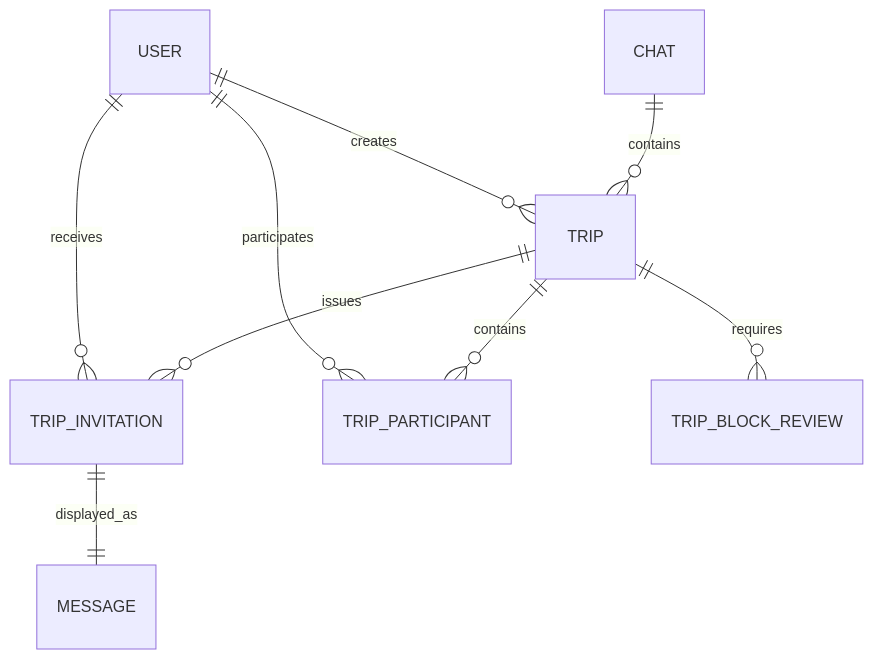
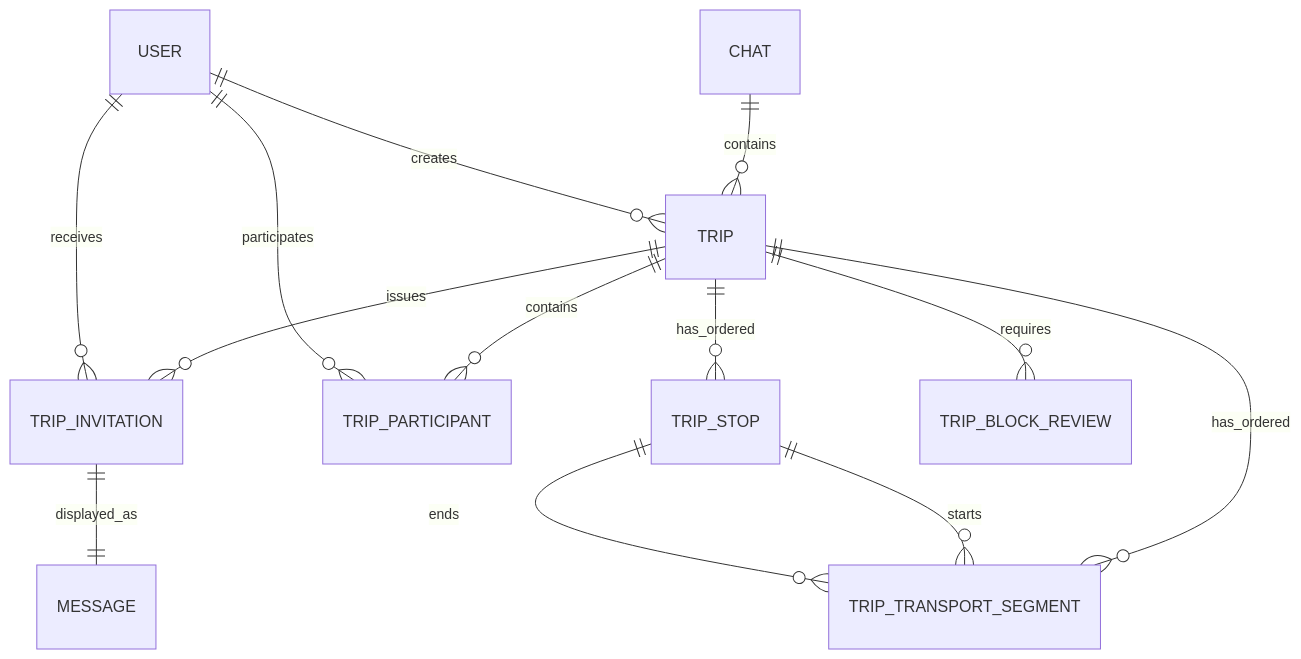
The fourth of 9 diagrams in docs/backend/er-diagram.md (LeonidNur/travel-friend), drawn with Mermaid before and after one commit. The commit also changed other lines of this file and 4 other files, not shown here.

````diff
--- a/docs/backend/er-diagram.md
+++ b/docs/backend/er-diagram.md
@@ -154,14 +154,19 @@
 ```mermaid
 erDiagram
 CHAT ||--o{ TRIP : contains
 USER ||--o{ TRIP : creates
 
 TRIP ||--o{ TRIP_INVITATION : issues
 USER ||--o{ TRIP_INVITATION : receives
 TRIP_INVITATION ||--|| MESSAGE : displayed_as
 
 TRIP ||--o{ TRIP_PARTICIPANT : contains
 USER ||--o{ TRIP_PARTICIPANT : participates
 
+TRIP ||--o{ TRIP_STOP : has_ordered
+TRIP ||--o{ TRIP_TRANSPORT_SEGMENT : has_ordered
+TRIP_STOP ||--o{ TRIP_TRANSPORT_SEGMENT : starts
+TRIP_STOP ||--o{ TRIP_TRANSPORT_SEGMENT : ends
+
 TRIP ||--o{ TRIP_BLOCK_REVIEW : requires
 ```
````
